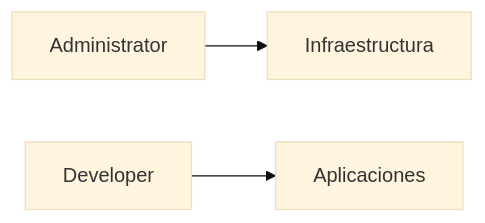
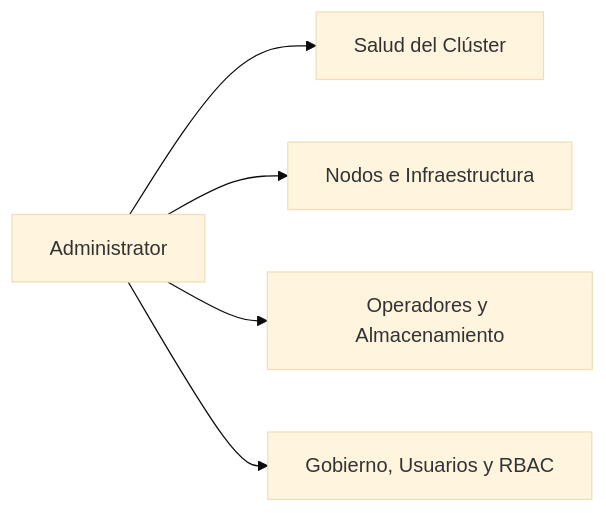
Before and after one commit to ieftraining/curso-openshift: the third of 7 diagrams in docs/sesion1/1.6 Consola web.md, drawn with Mermaid (base theme). The commit also changed other lines of this file, not shown here.

````diff
--- a/docs/sesion1/1.6 Consola web.md
+++ b/docs/sesion1/1.6 Consola web.md
@@ -103,8 +60,7 @@
 ```mermaid
 flowchart LR
-    A[Administrator]
-    --> B[Infraestructura]
-
-    C[Developer]
-    --> D[Aplicaciones]
+    A[Administrator] --> B[Salud del Clúster]
+    A --> C[Nodos e Infraestructura]
+    A --> D[Operadores y Almacenamiento]
+    A --> E[Gobierno, Usuarios y RBAC]
 ```
````
